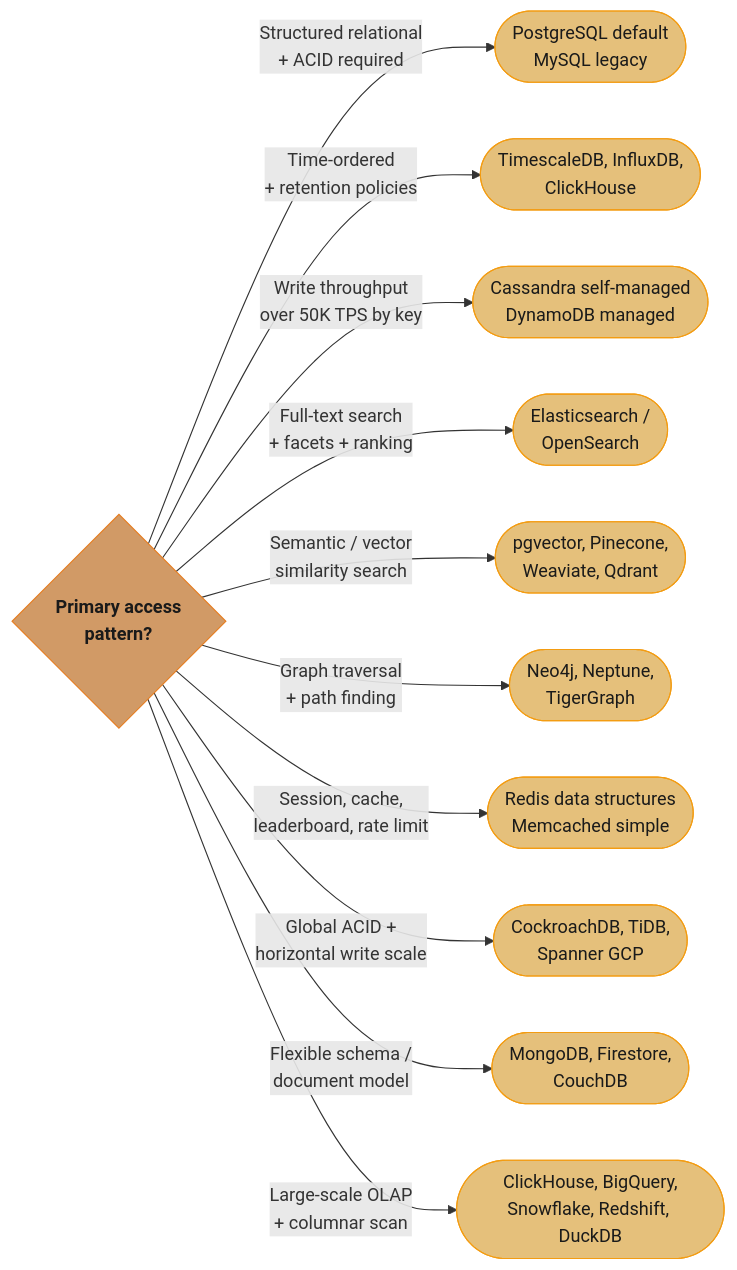
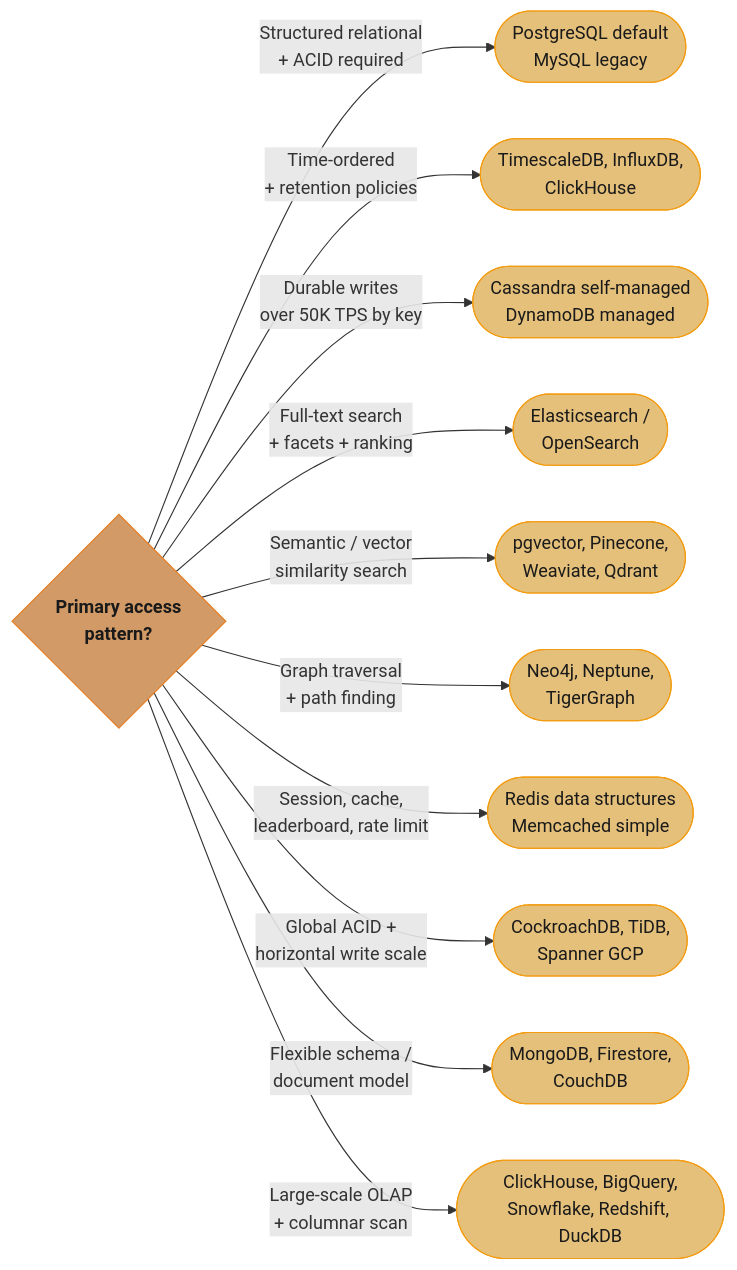
The first of 5 diagrams in src/main/java/com/rutik/systemdesign/database/database_selection_framework/README.md (rppol/system-design), drawn with Mermaid before and after one commit. The commit also changed other lines of this file and 2 other files, not shown here.

````diff
--- a/src/main/java/com/rutik/systemdesign/database/database_selection_framework/README.md
+++ b/src/main/java/com/rutik/systemdesign/database/database_selection_framework/README.md
@@ -35,25 +35,25 @@
 ```mermaid
 flowchart LR
     classDef io      fill:#61afef,stroke:#2e86c1,color:#1a1a1a,font-weight:bold
     classDef frozen  fill:#c678dd,stroke:#9b59b6,color:#fff
     classDef train   fill:#98c379,stroke:#27ae60,color:#1a1a1a
     classDef mathOp  fill:#d19a66,stroke:#e67e22,color:#1a1a1a,font-weight:bold
     classDef lossN   fill:#e06c75,stroke:#c0392b,color:#fff,font-weight:bold
     classDef req     fill:#56b6c2,stroke:#0097a7,color:#1a1a1a
     classDef base    fill:#e5c07b,stroke:#f39c12,color:#1a1a1a
 
     root{"Primary access<br/>pattern?"}
     root -->|"Structured relational<br/>+ ACID required"| rdbms(["PostgreSQL default<br/>MySQL legacy"])
     root -->|"Time-ordered<br/>+ retention policies"| ts(["TimescaleDB, InfluxDB,<br/>ClickHouse"])
-    root -->|"Write throughput<br/>over 50K TPS by key"| wide(["Cassandra self-managed<br/>DynamoDB managed"])
+    root -->|"Durable writes<br/>over 50K TPS by key"| wide(["Cassandra self-managed<br/>DynamoDB managed"])
     root -->|"Full-text search<br/>+ facets + ranking"| search(["Elasticsearch /<br/>OpenSearch"])
     root -->|"Semantic / vector<br/>similarity search"| vec(["pgvector, Pinecone,<br/>Weaviate, Qdrant"])
     root -->|"Graph traversal<br/>+ path finding"| graphdb(["Neo4j, Neptune,<br/>TigerGraph"])
     root -->|"Session, cache,<br/>leaderboard, rate limit"| cache(["Redis data structures<br/>Memcached simple"])
     root -->|"Global ACID +<br/>horizontal write scale"| dist(["CockroachDB, TiDB,<br/>Spanner GCP"])
     root -->|"Flexible schema /<br/>document model"| doc(["MongoDB, Firestore,<br/>CouchDB"])
     root -->|"Large-scale OLAP<br/>+ columnar scan"| olap(["ClickHouse, BigQuery,<br/>Snowflake, Redshift, DuckDB"])
 
     class root mathOp
     class rdbms,ts,wide,search,vec,graphdb,cache,dist,doc,olap base
 ```
````
